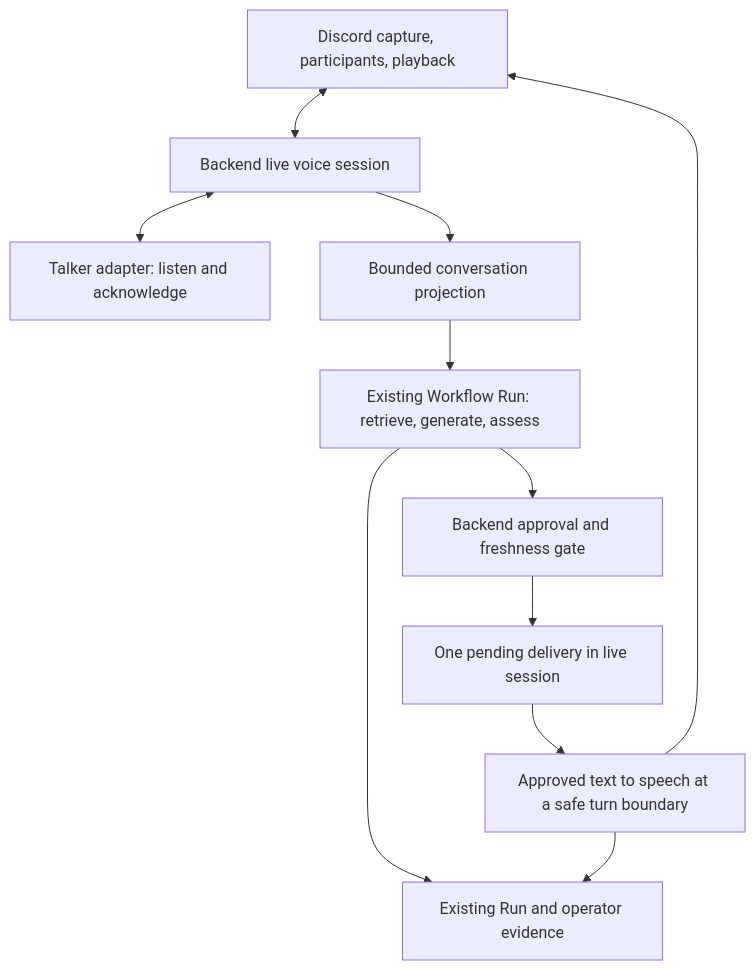
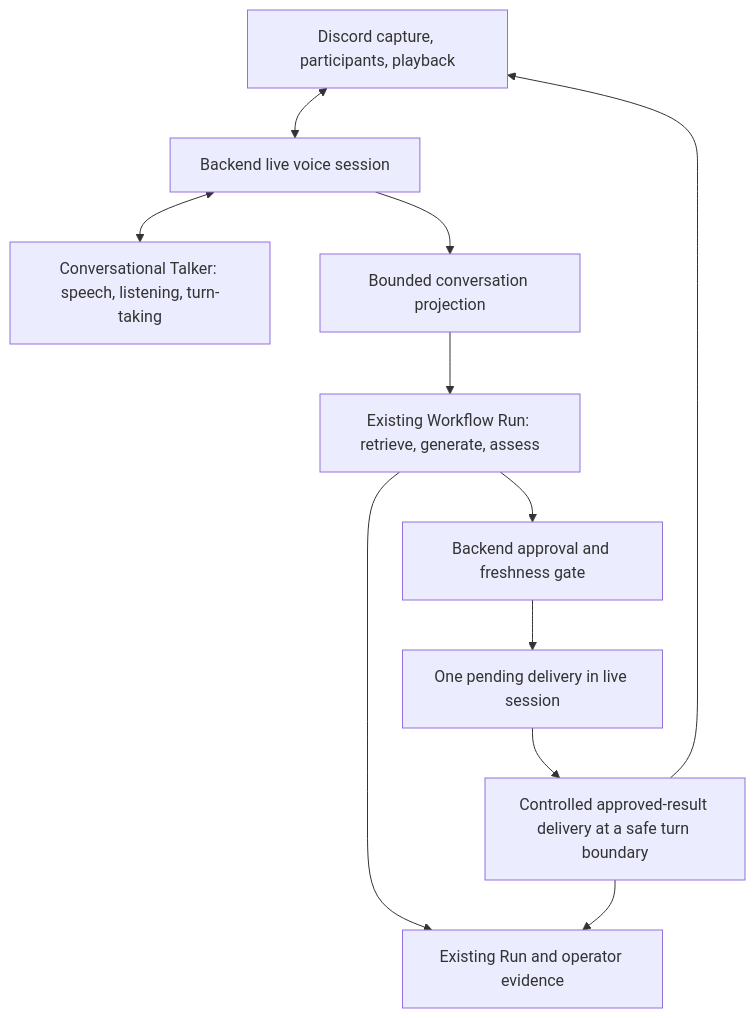
One commit to footnote-ai/footnote changed the diagram in docs/proposals/realtime-talker-reasoner.md. Above: the diagram before and after it, drawn with Mermaid. The commit also changed other lines of this file and 1 other file, not shown here.

Commit message:
docs: distinguish conversational Talker target and stalled Run failure

````diff
--- a/docs/proposals/realtime-talker-reasoner.md
+++ b/docs/proposals/realtime-talker-reasoner.md
@@ -79,13 +88,13 @@
 ```mermaid
 flowchart TD
     D[Discord capture, participants, playback] <--> V[Backend live voice session]
-    V <--> T[Talker adapter: listen and acknowledge]
+    V <--> T[Conversational Talker: speech, listening, turn-taking]
     V --> C[Bounded conversation projection]
     C --> W[Existing Workflow Run: retrieve, generate, assess]
     W --> G[Backend approval and freshness gate]
     G --> Q[One pending delivery in live session]
-    Q --> S[Approved text to speech at a safe turn boundary]
+    Q --> S[Controlled approved-result delivery at a safe turn boundary]
     S --> D
     W --> R[Existing Run and operator evidence]
     S --> R
 ```
````
